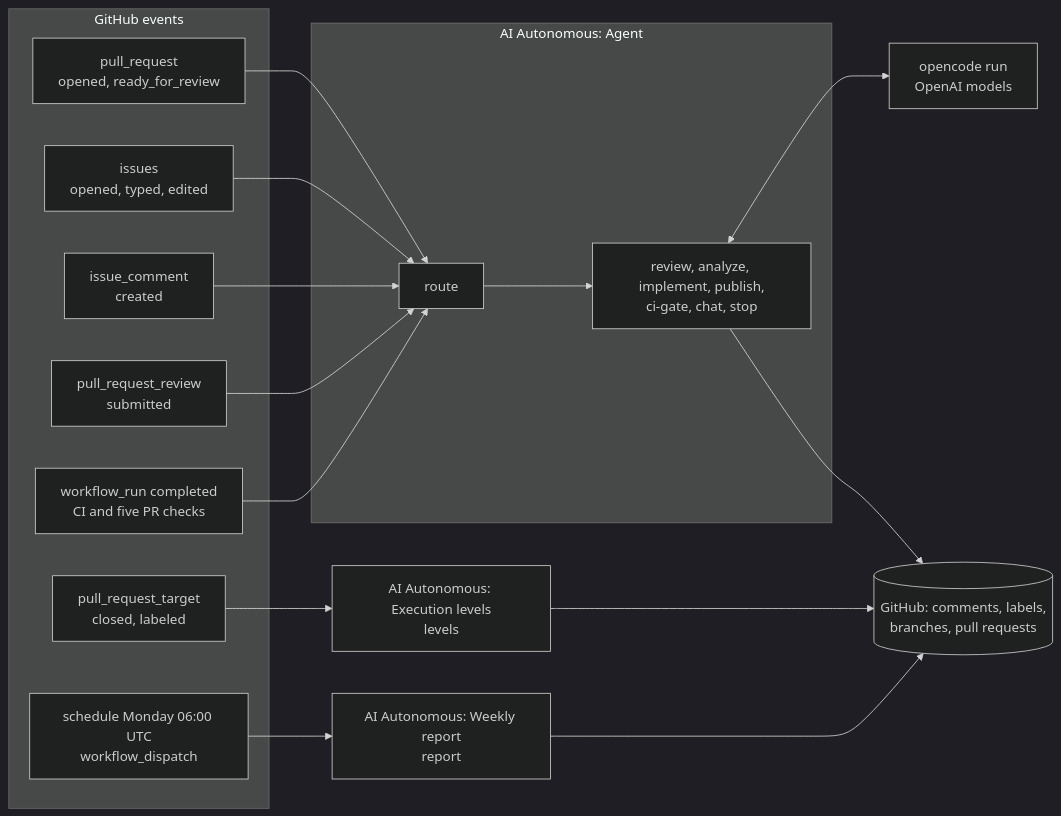
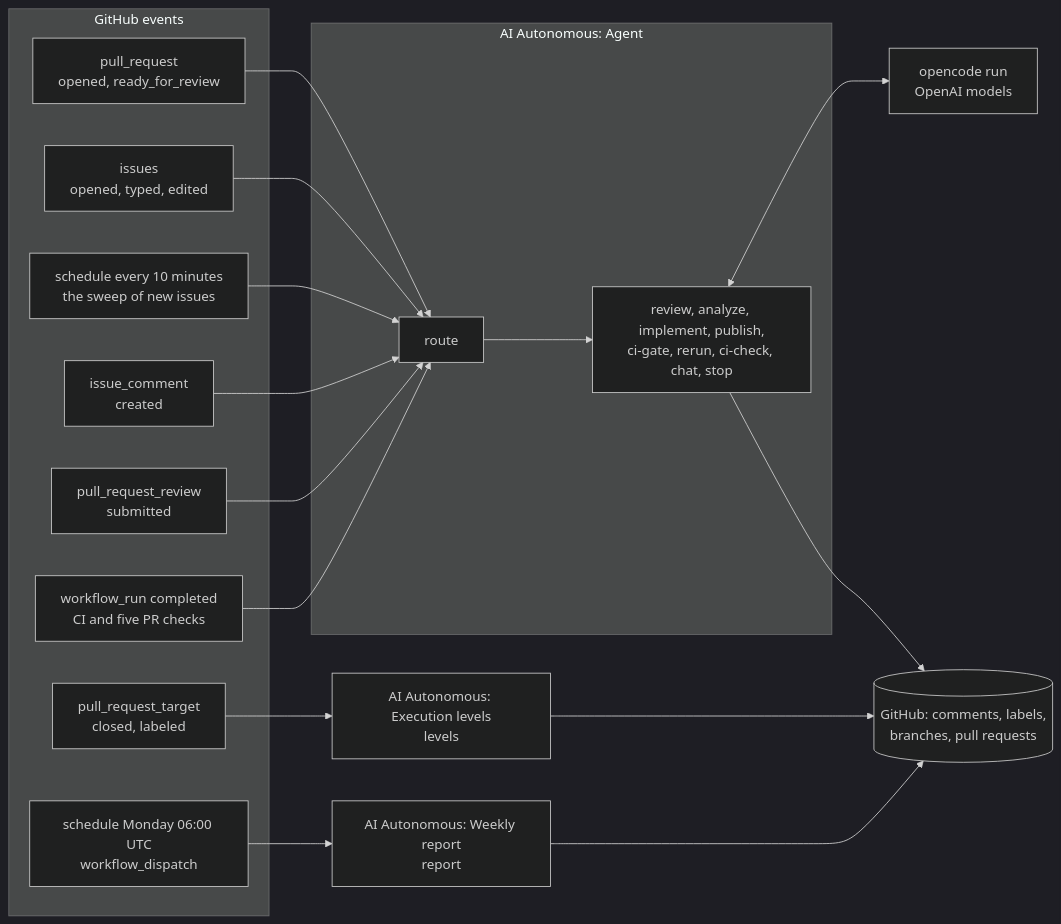
One commit to Netcracker/qubership-apihub changed the first of 11 diagrams in docs/internal/autonomous-agent/architecture.md. Above: the diagram before and after it, drawn with Mermaid (dark theme). The commit also changed other lines of this file and 54 other files, not shown here.

````diff
--- a/docs/internal/autonomous-agent/architecture.md
+++ b/docs/internal/autonomous-agent/architecture.md
@@ -30,30 +30,32 @@
 ```mermaid
 flowchart LR
   subgraph events["GitHub events"]
     PR["pull_request<br/>opened, ready_for_review"]
     IS["issues<br/>opened, typed, edited"]
+    SW["schedule every 10 minutes<br/>the sweep of new issues"]
     IC["issue_comment<br/>created"]
     PRR["pull_request_review<br/>submitted"]
     WR["workflow_run completed<br/>CI and five PR checks"]
     PRT["pull_request_target<br/>closed, labeled"]
     CRON["schedule Monday 06:00 UTC<br/>workflow_dispatch"]
   end
   subgraph agentwf["AI Autonomous: Agent"]
     ROUTE["route"]
-    JOBS["review, analyze, implement, publish,<br/>ci-gate, chat, stop"]
+    JOBS["review, analyze, implement, publish,<br/>ci-gate, rerun, ci-check, chat, stop"]
   end
   LEVELS["AI Autonomous: Execution levels<br/>levels"]
   REPORT["AI Autonomous: Weekly report<br/>report"]
   PR --> ROUTE
   IS --> ROUTE
+  SW --> ROUTE
   IC --> ROUTE
   PRR --> ROUTE
   WR --> ROUTE
   ROUTE --> JOBS
   PRT --> LEVELS
   CRON --> REPORT
   JOBS --> GH[("GitHub: comments, labels,<br/>branches, pull requests")]
   LEVELS --> GH
   REPORT --> GH
   JOBS <--> OC["opencode run<br/>OpenAI models"]
 ```
````
